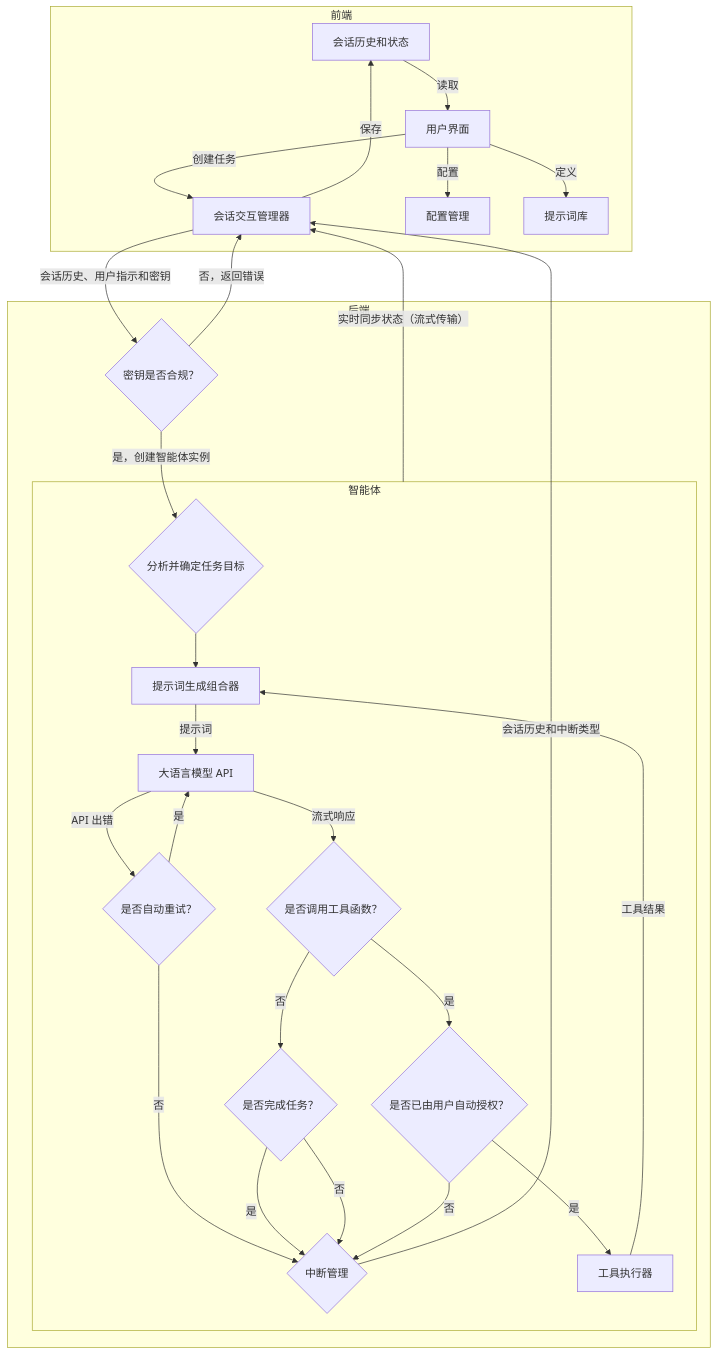
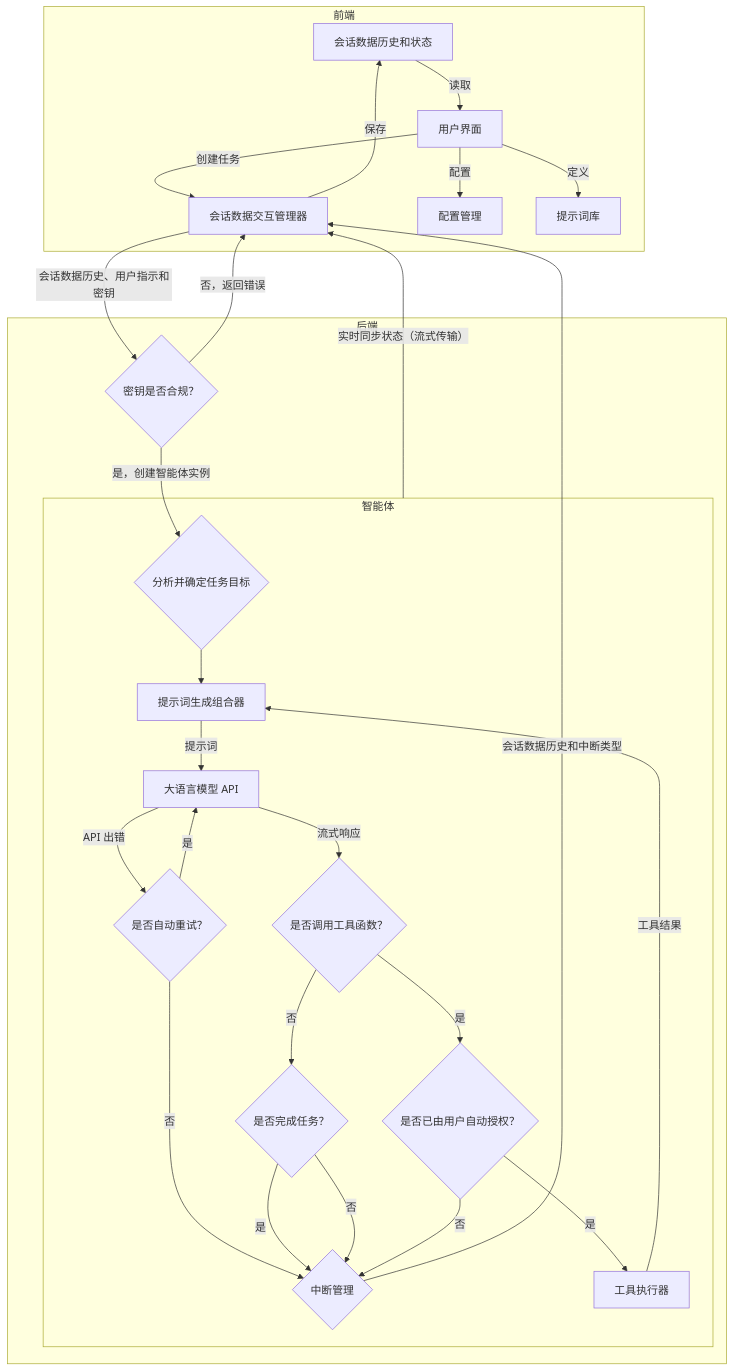
One commit to byte-tea/yaa changed the second of 2 diagrams in docs/README.md. Above: the diagram before and after it, drawn with Mermaid. The commit also changed other lines of this file, not shown here.

````diff
--- a/docs/README.md
+++ b/docs/README.md
@@ -45,35 +50,35 @@
 ```mermaid
 %% yaa 智能体框架架构图
 flowchart TD
-    subgraph FRONTEND[前端]
-        HIST[会话历史和状态] --> |读取| FE[用户界面]
-        FE --> |创建任务| SESSIONER[会话交互管理器]
-        SESSIONER --> |保存| HIST[会话历史和状态]
+    subgraph Client[前端]
+        HIST[会话数据历史和状态] --> |读取| FE[用户界面]
+        FE --> |创建任务| SESSIONER[会话数据交互管理器]
+        SESSIONER --> |保存| HIST[会话数据历史和状态]
         FE --> |配置| CFG[配置管理]
         FE --> |定义| PROMPT[提示词库]
     end
 
-    subgraph BACKEND[后端]
-        SESSIONER --> |会话历史、用户指示和密钥| AUTH{密钥是否合规？}
+    subgraph Server[后端]
+        SESSIONER --> |会话数据历史、用户指示和密钥| AUTH{密钥是否合规？}
         AUTH --> |是，创建智能体实例| TASK{分析并确定任务目标}
         AUTH --> |否，返回错误| SESSIONER
         AUTO_RETRY --> |否| BREAKER
-        BREAKER --> |会话历史和中断类型| SESSIONER
+        BREAKER --> |会话数据历史和中断类型| SESSIONER
         AGENT --> |实时同步状态（流式传输）| SESSIONER
 
         subgraph AGENT[智能体]
             TASK --> PROMPT_GEN[提示词生成组合器]
             PROMPT_GEN -->|提示词| API_SERVICE[大语言模型 API]
             API_SERVICE --> |API 出错| AUTO_RETRY{是否自动重试？}
             AUTO_RETRY --> |是| API_SERVICE
             API_SERVICE -->|流式响应| TOOL_DETECTOR{是否调用工具函数？}
             TOOL_DETECTOR -->|是| APPROVE{是否已由用户自动授权？}
             TOOL_DETECTOR --> |否| FINISH_DETECTOR{是否完成任务？}
             FINISH_DETECTOR --> |是| BREAKER{中断管理}
             FINISH_DETECTOR --> |否| BREAKER{中断管理}
             APPROVE --> |是| TOOL_EXEC[工具执行器]
             APPROVE --> |否| BREAKER
             TOOL_EXEC -->|工具结果| PROMPT_GEN
         end
     end
 ```
````
